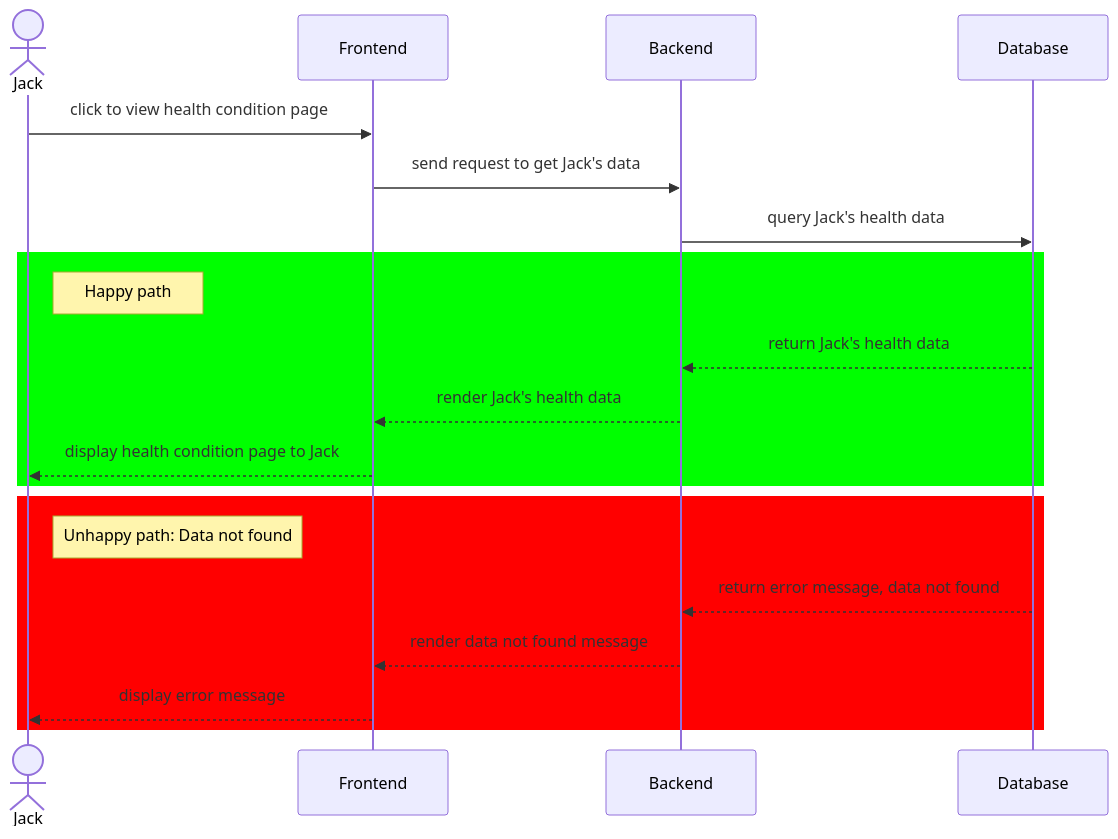
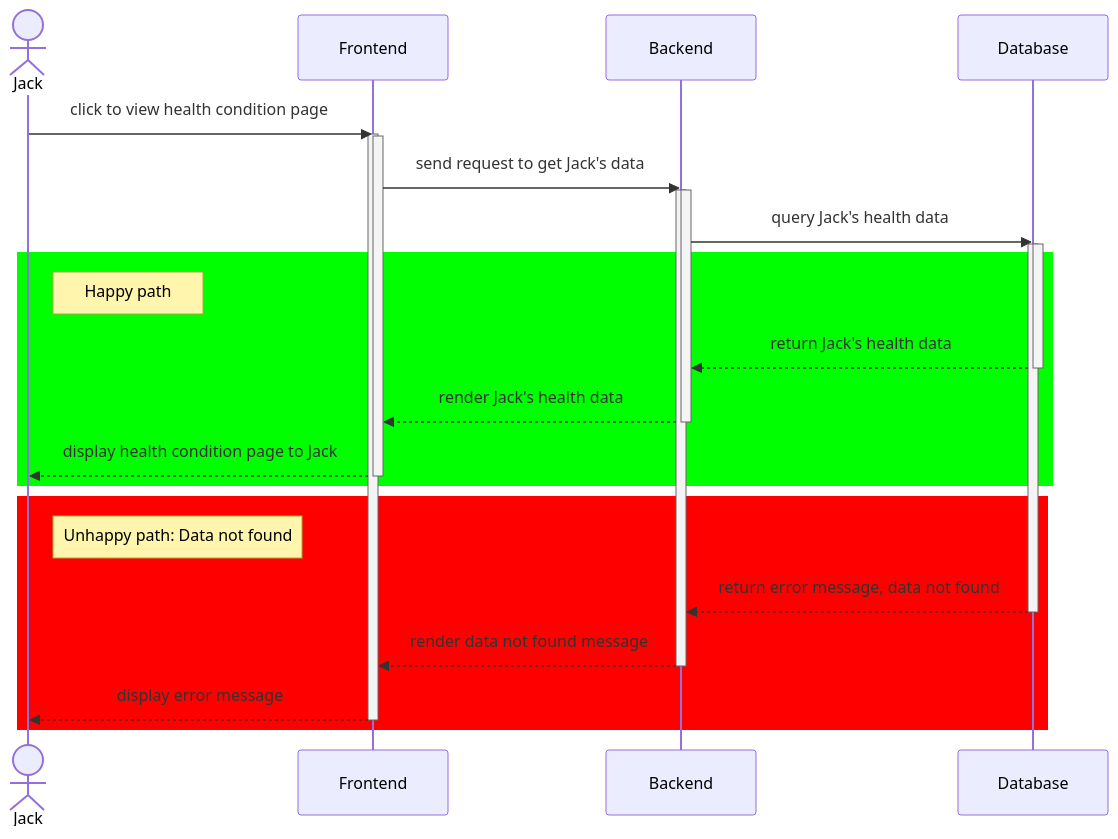
One commit to Bosco-13/cmp5012b-team changed the second of 2 diagrams in docs/sequence-diagrams.md. Above: the diagram before and after it, drawn with Mermaid.

````diff
--- a/docs/sequence-diagrams.md
+++ b/docs/sequence-diagrams.md
@@ -14,22 +14,34 @@
 ```mermaid
 sequenceDiagram
     actor Jack
     participant Frontend
     participant Backend
     participant Database
     Jack ->> Frontend: click to view health condition page
+    activate Frontend
+    activate Frontend
     Frontend ->> Backend: send request to get Jack's data
+    activate Backend
+    activate Backend
     Backend ->> Database: query Jack's health data
+    activate Database
+    activate Database
     rect rgb(0, 255, 0)
     Note right of Jack: Happy path
     Database -->> Backend: return Jack's health data
+    deactivate Database
     Backend -->> Frontend: render Jack's health data
+    deactivate Backend
     Frontend -->> Jack: display health condition page to Jack
+    deactivate Frontend
     end
     rect rgb(255, 0, 0)
     Note right of Jack: Unhappy path: Data not found
     Database -->> Backend: return error message, data not found
+    deactivate Database 
     Backend -->> Frontend: render data not found message
+    deactivate Backend
     Frontend -->> Jack: display error message
+    deactivate Frontend
     end
 ```
````
